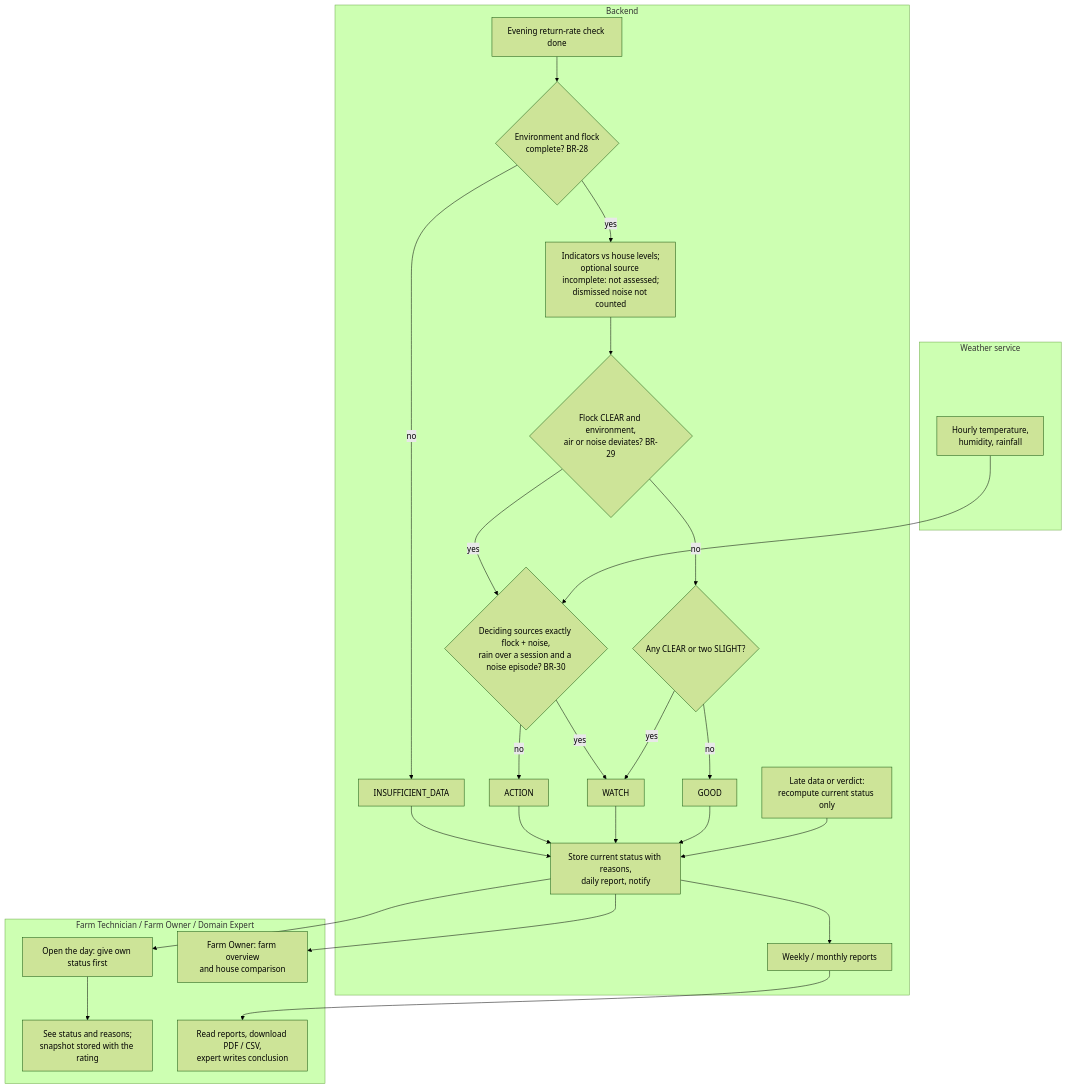
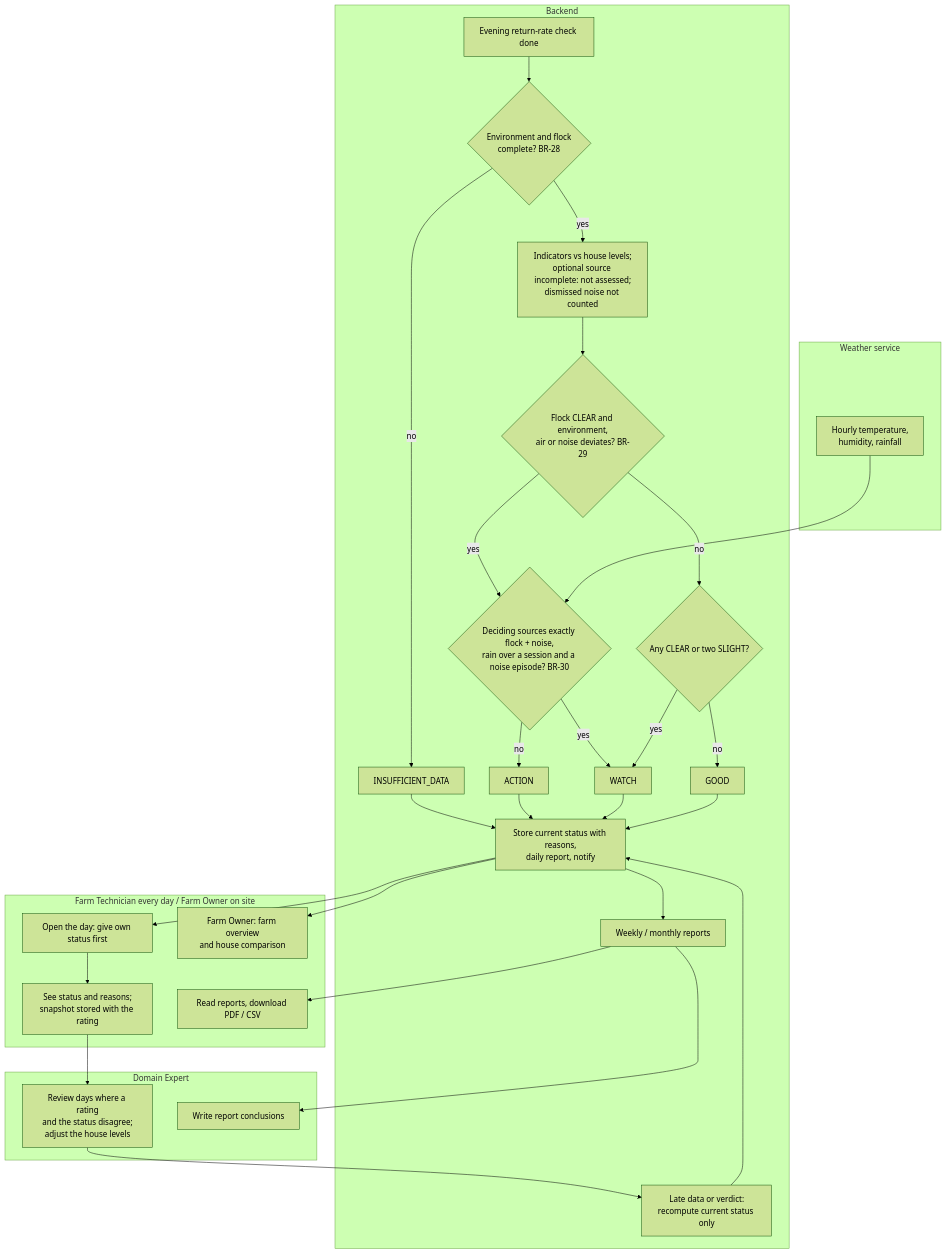
Before and after one commit to NBao261/SwiftletCare_KLTN: diagram 33 of 40 in docs/reports/report4-sdd.md, drawn with Mermaid (forest theme). The commit also changed other lines of this file and 14 other files, not shown here.

First line of the commit message:
docs(srs): technician does the on-site work of MF-04 and MF-06

````diff
--- a/docs/reports/report4-sdd.md
+++ b/docs/reports/report4-sdd.md
@@ -1551,35 +1552,41 @@
 ```mermaid
 flowchart TB
   subgraph W[Weather service]
     W1[Hourly temperature,<br/>humidity, rainfall]
   end
   subgraph B[Backend]
     B1[Evening return-rate check done] --> B2{Environment and flock<br/>complete? BR-28}
     B2 -- no --> B3[INSUFFICIENT_DATA]
     B2 -- yes --> B4[Indicators vs house levels;<br/>optional source incomplete: not assessed;<br/>dismissed noise not counted]
     B4 --> B5{Flock CLEAR and environment,<br/>air or noise deviates? BR-29}
     B5 -- yes --> B6{Deciding sources exactly flock + noise,<br/>rain over a session and a noise episode? BR-30}
     B6 -- no --> B7[ACTION]
     B6 -- yes --> B8[WATCH]
     B5 -- no --> B9{Any CLEAR or two SLIGHT?}
     B9 -- yes --> B8
     B9 -- no --> B10[GOOD]
     B11[Store current status with reasons,<br/>daily report, notify]
     B12[Weekly / monthly reports]
     B13[Late data or verdict:<br/>recompute current status only]
   end
-  subgraph A[Farm Technician / Farm Owner / Domain Expert]
+  subgraph A[Farm Technician every day / Farm Owner on site]
     A1[Open the day: give own status first] --> A2[See status and reasons;<br/>snapshot stored with the rating]
-    A3[Read reports, download PDF / CSV,<br/>expert writes conclusion]
+    A3[Read reports, download PDF / CSV]
     A4[Farm Owner: farm overview<br/>and house comparison]
+  end
+  subgraph X[Domain Expert]
+    X1[Review days where a rating<br/>and the status disagree;<br/>adjust the house levels]
+    X2[Write report conclusions]
   end
   W1 --> B6
   B3 --> B11
   B7 --> B11
   B8 --> B11
   B10 --> B11
   B11 --> A1
   B11 --> B12 --> A3
+  A2 --> X1 --> B13
+  B12 --> X2
   B11 --> A4
   B13 --> B11
 ```
````
